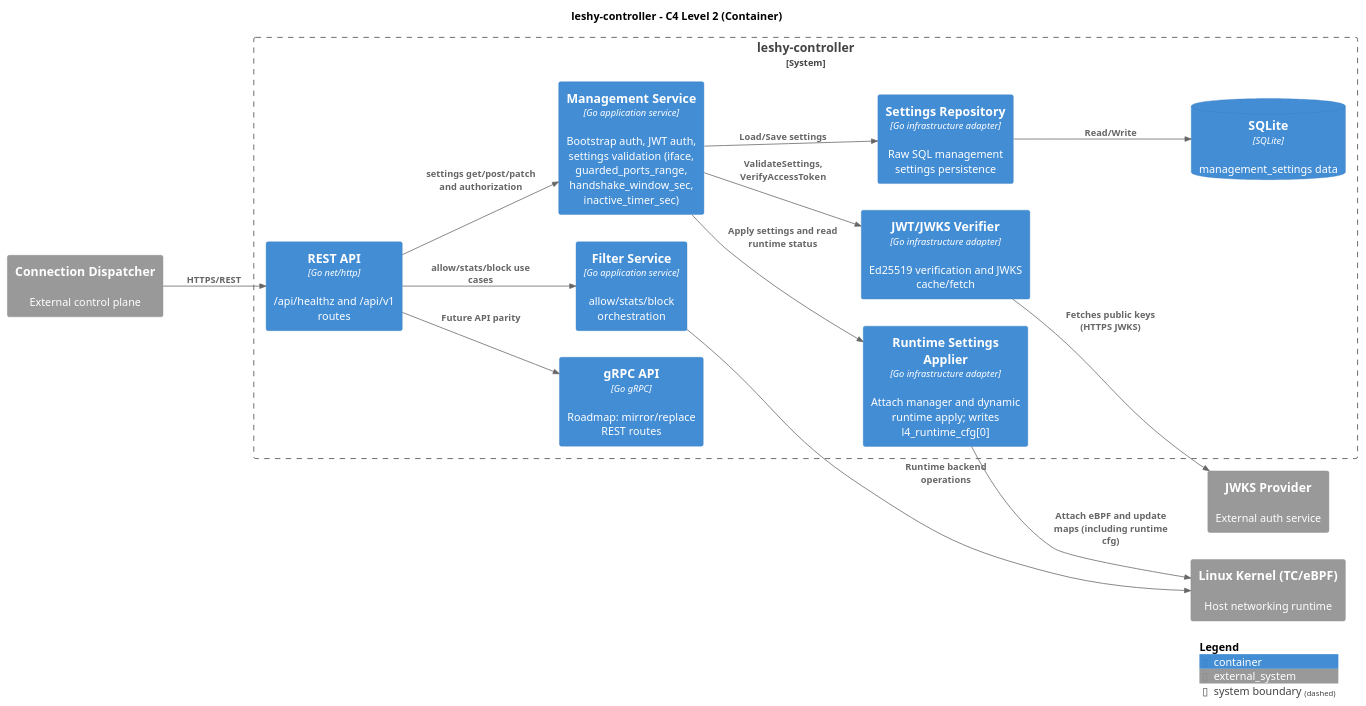
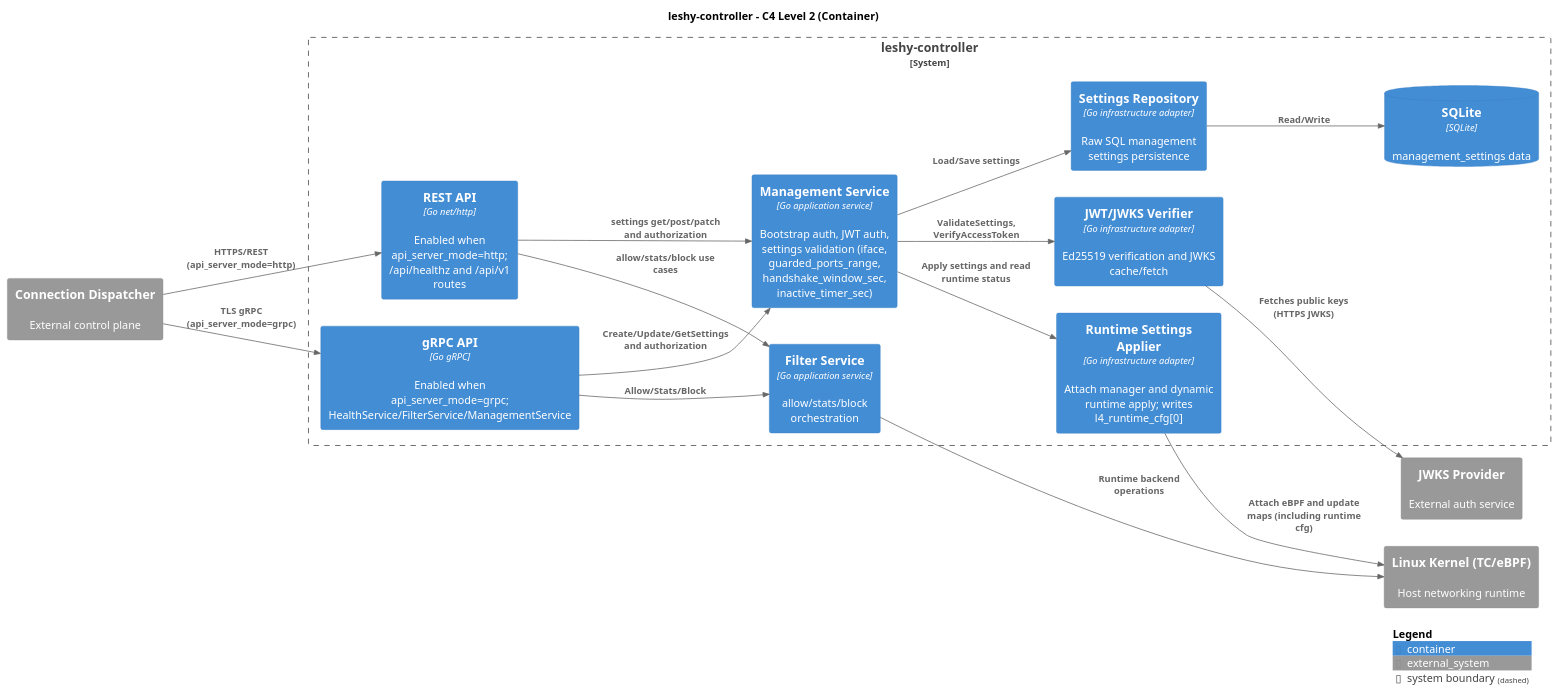
The diagram in docs/plantuml/c4-container.puml (devalv/leshy-controller), drawn with PlantUML before and after one commit. The commit also changed 34 other files, not shown here.

First line of the commit message:
Feature/grpc-api: имплементация grpc-сервера (#8)

```diff
--- a/docs/plantuml/c4-container.puml
+++ b/docs/plantuml/c4-container.puml
@@ -1,38 +1,40 @@
 @startuml
 !includeurl https://raw.githubusercontent.com/plantuml-stdlib/C4-PlantUML/master/C4_Container.puml
 
 LAYOUT_LEFT_RIGHT()
 title leshy-controller - C4 Level 2 (Container)
 
 System_Ext(dispatcher, "Connection Dispatcher", "External control plane")
 System_Ext(kernel, "Linux Kernel (TC/eBPF)", "Host networking runtime")
 System_Ext(jwks, "JWKS Provider", "External auth service")
 
 System_Boundary(leshy_boundary, "leshy-controller") {
-  Container(api, "REST API", "Go net/http", "/api/healthz and /api/v1 routes")
-  Container(grpc, "gRPC API", "Go gRPC", "Roadmap: mirror/replace REST routes")
+  Container(api, "REST API", "Go net/http", "Enabled when api_server_mode=http; /api/healthz and /api/v1 routes")
+  Container(grpc, "gRPC API", "Go gRPC", "Enabled when api_server_mode=grpc; HealthService/FilterService/ManagementService")
   Container(mgmt, "Management Service", "Go application service", "Bootstrap auth, JWT auth, settings validation (iface, guarded_ports_range, handshake_window_sec, inactive_timer_sec)")
   Container(filt, "Filter Service", "Go application service", "allow/stats/block orchestration")
   Container(verifier, "JWT/JWKS Verifier", "Go infrastructure adapter", "Ed25519 verification and JWKS cache/fetch")
   Container(repo, "Settings Repository", "Go infrastructure adapter", "Raw SQL management settings persistence")
   Container(runtime, "Runtime Settings Applier", "Go infrastructure adapter", "Attach manager and dynamic runtime apply; writes l4_runtime_cfg[0]")
   ContainerDb(settings_db, "SQLite", "SQLite", "management_settings data")
 }
 
-Rel(dispatcher, api, "HTTPS/REST")
+Rel(dispatcher, api, "HTTPS/REST (api_server_mode=http)")
+Rel(dispatcher, grpc, "TLS gRPC (api_server_mode=grpc)")
 Rel(api, mgmt, "settings get/post/patch and authorization")
 Rel(api, filt, "allow/stats/block use cases")
-Rel(api, grpc, "Future API parity")
+Rel(grpc, mgmt, "Create/Update/GetSettings and authorization")
+Rel(grpc, filt, "Allow/Stats/Block")
 
 Rel(mgmt, repo, "Load/Save settings")
 Rel(repo, settings_db, "Read/Write")
 
 Rel(mgmt, verifier, "ValidateSettings, VerifyAccessToken")
 Rel(verifier, jwks, "Fetches public keys (HTTPS JWKS)")
 
 Rel(mgmt, runtime, "Apply settings and read runtime status")
 Rel(runtime, kernel, "Attach eBPF and update maps (including runtime cfg)")
 Rel(filt, kernel, "Runtime backend operations")
 
 SHOW_LEGEND()
 @enduml
```
